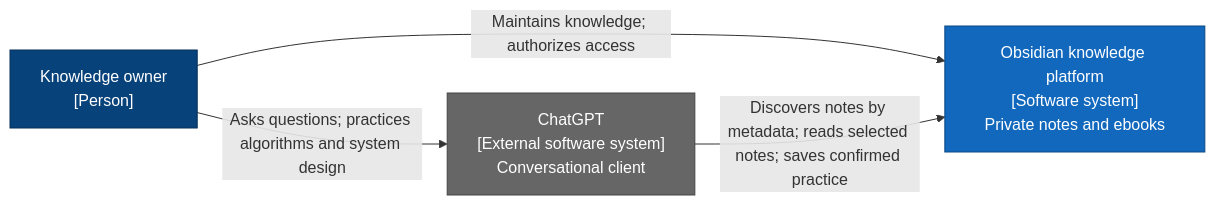
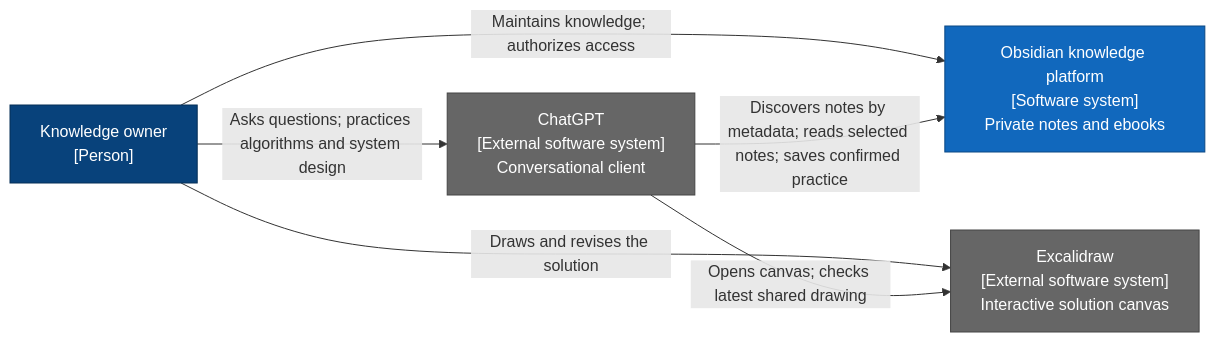
Before and after one commit to yepengfan/obsidian-workflow-infra: the first of 2 diagrams in README.md, drawn with Mermaid. The commit also changed other lines of this file and 12 other files, not shown here.

Commit message:
fix: make Excalidraw the System Design workspace

````diff
--- a/README.md
+++ b/README.md
@@ -18,17 +19,20 @@
 ```mermaid
 flowchart LR
     Owner["Knowledge owner<br/>[Person]"]
     ChatGPT["ChatGPT<br/>[External software system]<br/>Conversational client"]
     Platform["Obsidian knowledge platform<br/>[Software system]<br/>Private notes and ebooks"]
+    Excalidraw["Excalidraw<br/>[External software system]<br/>Interactive solution canvas"]
 
     Owner -->|"Asks questions; practices algorithms and system design"| ChatGPT
     Owner -->|"Maintains knowledge; authorizes access"| Platform
     ChatGPT -->|"Discovers notes by metadata; reads selected notes; saves confirmed practice"| Platform
+    Owner -->|"Draws and revises the solution"| Excalidraw
+    ChatGPT -->|"Opens canvas; checks latest shared drawing"| Excalidraw
 
     classDef person fill:#08427b,color:#fff,stroke:#052e56
     classDef external fill:#666,color:#fff,stroke:#444
     classDef system fill:#1168bd,color:#fff,stroke:#0b4884
     class Owner person
-    class ChatGPT external
+    class ChatGPT,Excalidraw external
     class Platform system
 ```
````
